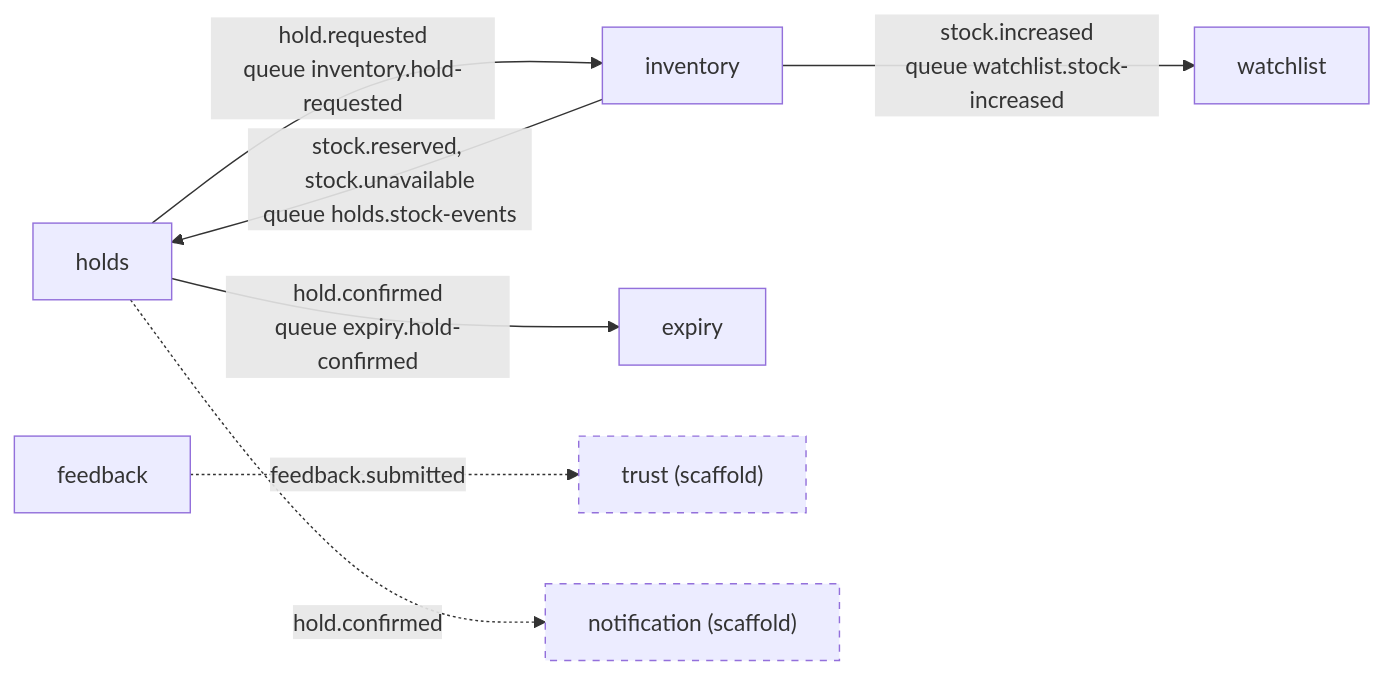
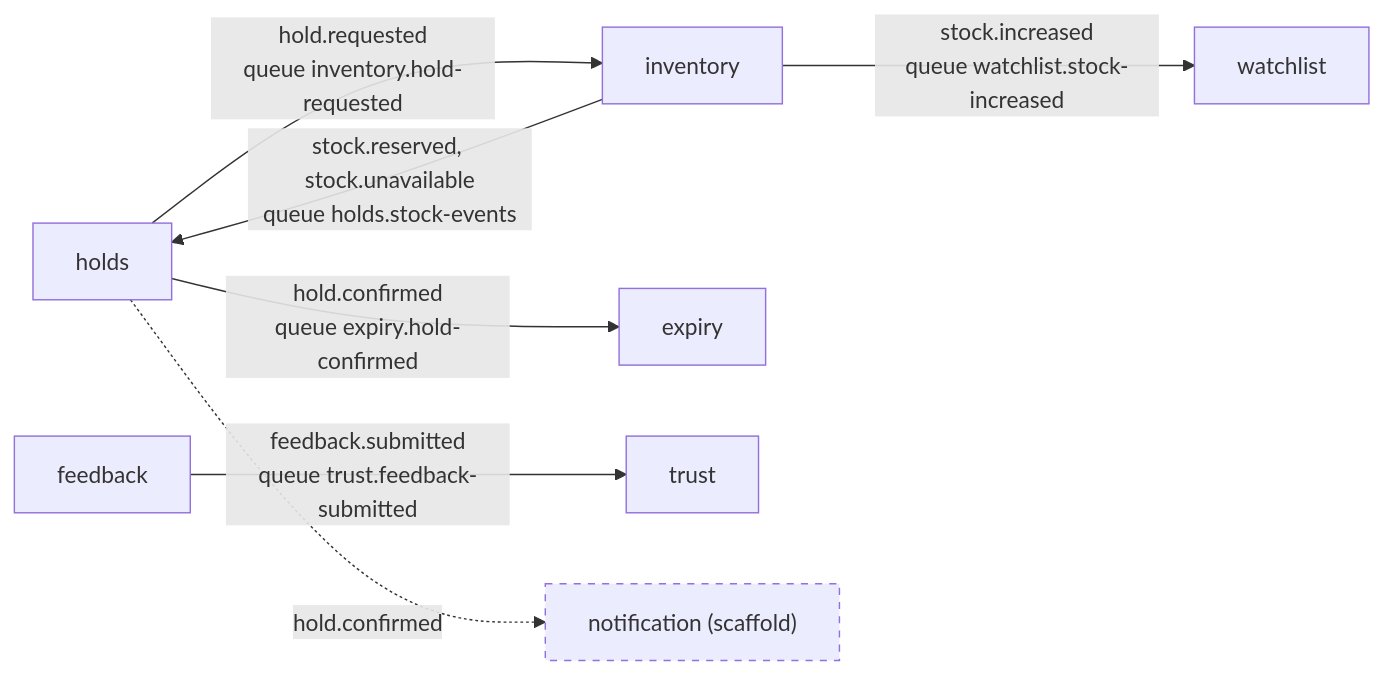
The fourth of 6 diagrams in docs/architecture/system-context.md (Swiftmeds-bht/Swiftmeds), drawn with Mermaid before and after one commit. The commit also changed other lines of this file, not shown here.

Commit message:
docs(architecture): show Trust as a running service (SCRUM-73)

````diff
--- a/docs/architecture/system-context.md
+++ b/docs/architecture/system-context.md
@@ -211,20 +214,20 @@
 ```mermaid
 flowchart LR
     holds["holds"]
     inventory["inventory"]
     expiry["expiry"]
     watchlist["watchlist"]
     feedback["feedback"]
-    trust["trust (scaffold)"]
+    trust["trust"]
     notification["notification (scaffold)"]
 
     holds -->|"hold.requested<br/>queue inventory.hold-requested"| inventory
     inventory -->|"stock.reserved, stock.unavailable<br/>queue holds.stock-events"| holds
     holds -->|"hold.confirmed<br/>queue expiry.hold-confirmed"| expiry
     inventory -->|"stock.increased<br/>queue watchlist.stock-increased"| watchlist
     holds -.->|"hold.confirmed"| notification
-    feedback -.->|"feedback.submitted"| trust
+    feedback -->|"feedback.submitted<br/>queue trust.feedback-submitted"| trust
 
     classDef planned stroke-dasharray: 5 5
-    class trust,notification planned
+    class notification planned
 ```
````
